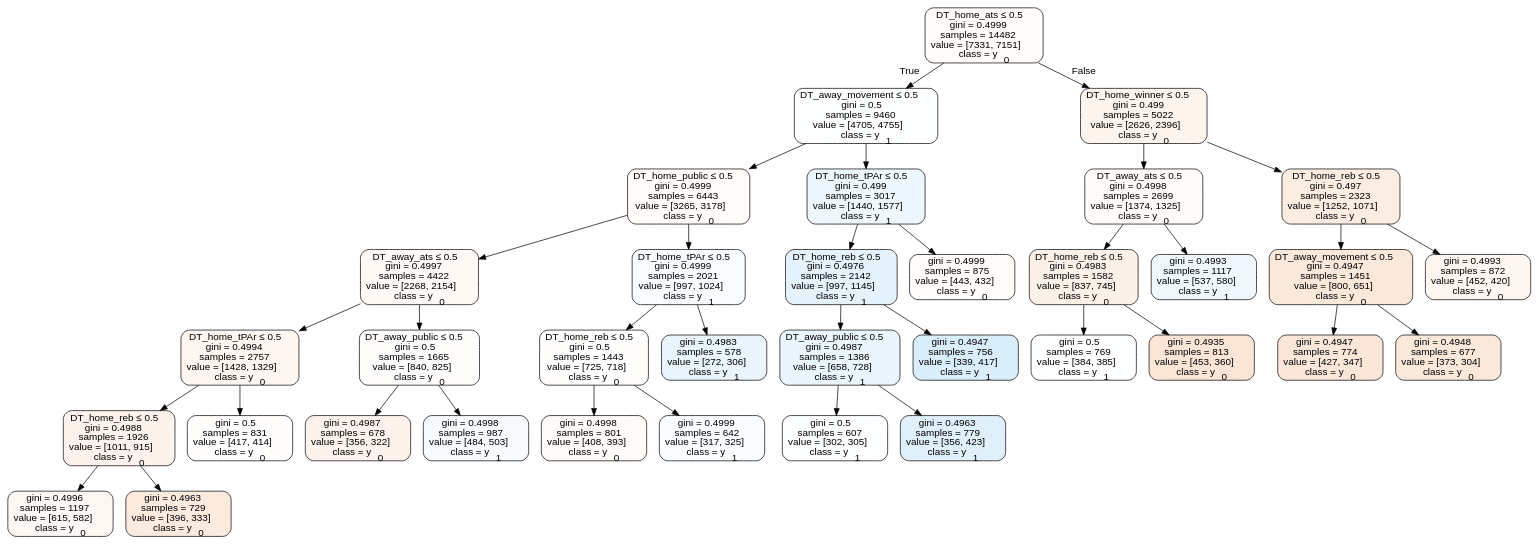
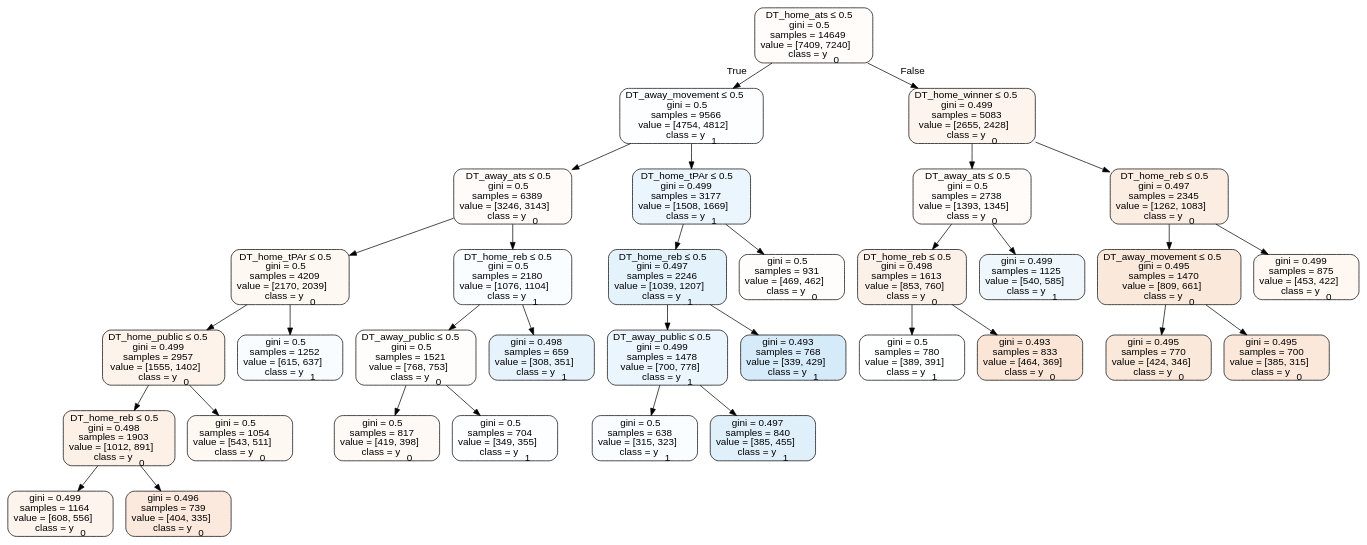
One commit to usbogie/ncaa-bets changed the diagram in Basketball/data/trees/tree2014home.dot. Above: the diagram before and after it, drawn with Graphviz. The commit also changed 26 other files, not shown here.

```diff
--- a/Basketball/data/trees/tree2014home.dot
+++ b/Basketball/data/trees/tree2014home.dot
@@ -1,73 +1,69 @@
 digraph Tree {
 node [shape=box, style="filled, rounded", color="black", fontname=helvetica] ;
 edge [fontname=helvetica] ;
-0 [label=<DT_home_ats &le; 0.5<br/>gini = 0.4999<br/>samples = 14482<br/>value = [7331, 7151]<br/>class = y<SUB>0</SUB>>, fillcolor="#e5813906"] ;
-1 [label=<DT_away_movement &le; 0.5<br/>gini = 0.5<br/>samples = 9460<br/>value = [4705, 4755]<br/>class = y<SUB>1</SUB>>, fillcolor="#399de503"] ;
+0 [label=<DT_home_ats &le; 0.5<br/>gini = 0.5<br/>samples = 14649<br/>value = [7409, 7240]<br/>class = y<SUB>0</SUB>>, fillcolor="#e5813906"] ;
+1 [label=<DT_away_movement &le; 0.5<br/>gini = 0.5<br/>samples = 9566<br/>value = [4754, 4812]<br/>class = y<SUB>1</SUB>>, fillcolor="#399de503"] ;
 0 -> 1 [labeldistance=2.5, labelangle=45, headlabel="True"] ;
-2 [label=<DT_home_public &le; 0.5<br/>gini = 0.4999<br/>samples = 6443<br/>value = [3265, 3178]<br/>class = y<SUB>0</SUB>>, fillcolor="#e5813907"] ;
+2 [label=<DT_away_ats &le; 0.5<br/>gini = 0.5<br/>samples = 6389<br/>value = [3246, 3143]<br/>class = y<SUB>0</SUB>>, fillcolor="#e5813908"] ;
 1 -> 2 ;
-3 [label=<DT_away_ats &le; 0.5<br/>gini = 0.4997<br/>samples = 4422<br/>value = [2268, 2154]<br/>class = y<SUB>0</SUB>>, fillcolor="#e581390d"] ;
+3 [label=<DT_home_tPAr &le; 0.5<br/>gini = 0.5<br/>samples = 4209<br/>value = [2170, 2039]<br/>class = y<SUB>0</SUB>>, fillcolor="#e581390f"] ;
 2 -> 3 ;
-4 [label=<DT_home_tPAr &le; 0.5<br/>gini = 0.4994<br/>samples = 2757<br/>value = [1428, 1329]<br/>class = y<SUB>0</SUB>>, fillcolor="#e5813912"] ;
+4 [label=<DT_home_public &le; 0.5<br/>gini = 0.499<br/>samples = 2957<br/>value = [1555, 1402]<br/>class = y<SUB>0</SUB>>, fillcolor="#e5813919"] ;
 3 -> 4 ;
-5 [label=<DT_home_reb &le; 0.5<br/>gini = 0.4988<br/>samples = 1926<br/>value = [1011, 915]<br/>class = y<SUB>0</SUB>>, fillcolor="#e5813918"] ;
+5 [label=<DT_home_reb &le; 0.5<br/>gini = 0.498<br/>samples = 1903<br/>value = [1012, 891]<br/>class = y<SUB>0</SUB>>, fillcolor="#e581391e"] ;
 4 -> 5 ;
-6 [label=<gini = 0.4996<br/>samples = 1197<br/>value = [615, 582]<br/>class = y<SUB>0</SUB>>, fillcolor="#e581390e"] ;
+6 [label=<gini = 0.499<br/>samples = 1164<br/>value = [608, 556]<br/>class = y<SUB>0</SUB>>, fillcolor="#e5813916"] ;
 5 -> 6 ;
-7 [label=<gini = 0.4963<br/>samples = 729<br/>value = [396, 333]<br/>class = y<SUB>0</SUB>>, fillcolor="#e5813929"] ;
+7 [label=<gini = 0.496<br/>samples = 739<br/>value = [404, 335]<br/>class = y<SUB>0</SUB>>, fillcolor="#e581392c"] ;
 5 -> 7 ;
-8 [label=<gini = 0.5<br/>samples = 831<br/>value = [417, 414]<br/>class = y<SUB>0</SUB>>, fillcolor="#e5813902"] ;
+8 [label=<gini = 0.5<br/>samples = 1054<br/>value = [543, 511]<br/>class = y<SUB>0</SUB>>, fillcolor="#e581390f"] ;
 4 -> 8 ;
-9 [label=<DT_away_public &le; 0.5<br/>gini = 0.5<br/>samples = 1665<br/>value = [840, 825]<br/>class = y<SUB>0</SUB>>, fillcolor="#e5813905"] ;
+9 [label=<gini = 0.5<br/>samples = 1252<br/>value = [615, 637]<br/>class = y<SUB>1</SUB>>, fillcolor="#399de509"] ;
 3 -> 9 ;
-10 [label=<gini = 0.4987<br/>samples = 678<br/>value = [356, 322]<br/>class = y<SUB>0</SUB>>, fillcolor="#e5813918"] ;
-9 -> 10 ;
-11 [label=<gini = 0.4998<br/>samples = 987<br/>value = [484, 503]<br/>class = y<SUB>1</SUB>>, fillcolor="#399de50a"] ;
-9 -> 11 ;
-12 [label=<DT_home_tPAr &le; 0.5<br/>gini = 0.4999<br/>samples = 2021<br/>value = [997, 1024]<br/>class = y<SUB>1</SUB>>, fillcolor="#399de507"] ;
-2 -> 12 ;
-13 [label=<DT_home_reb &le; 0.5<br/>gini = 0.5<br/>samples = 1443<br/>value = [725, 718]<br/>class = y<SUB>0</SUB>>, fillcolor="#e5813902"] ;
-12 -> 13 ;
-14 [label=<gini = 0.4998<br/>samples = 801<br/>value = [408, 393]<br/>class = y<SUB>0</SUB>>, fillcolor="#e5813909"] ;
-13 -> 14 ;
-15 [label=<gini = 0.4999<br/>samples = 642<br/>value = [317, 325]<br/>class = y<SUB>1</SUB>>, fillcolor="#399de506"] ;
-13 -> 15 ;
-16 [label=<gini = 0.4983<br/>samples = 578<br/>value = [272, 306]<br/>class = y<SUB>1</SUB>>, fillcolor="#399de51c"] ;
-12 -> 16 ;
-17 [label=<DT_home_tPAr &le; 0.5<br/>gini = 0.499<br/>samples = 3017<br/>value = [1440, 1577]<br/>class = y<SUB>1</SUB>>, fillcolor="#399de516"] ;
-1 -> 17 ;
-18 [label=<DT_home_reb &le; 0.5<br/>gini = 0.4976<br/>samples = 2142<br/>value = [997, 1145]<br/>class = y<SUB>1</SUB>>, fillcolor="#399de521"] ;
+10 [label=<DT_home_reb &le; 0.5<br/>gini = 0.5<br/>samples = 2180<br/>value = [1076, 1104]<br/>class = y<SUB>1</SUB>>, fillcolor="#399de506"] ;
+2 -> 10 ;
+11 [label=<DT_away_public &le; 0.5<br/>gini = 0.5<br/>samples = 1521<br/>value = [768, 753]<br/>class = y<SUB>0</SUB>>, fillcolor="#e5813905"] ;
+10 -> 11 ;
+12 [label=<gini = 0.5<br/>samples = 817<br/>value = [419, 398]<br/>class = y<SUB>0</SUB>>, fillcolor="#e581390d"] ;
+11 -> 12 ;
+13 [label=<gini = 0.5<br/>samples = 704<br/>value = [349, 355]<br/>class = y<SUB>1</SUB>>, fillcolor="#399de504"] ;
+11 -> 13 ;
+14 [label=<gini = 0.498<br/>samples = 659<br/>value = [308, 351]<br/>class = y<SUB>1</SUB>>, fillcolor="#399de51f"] ;
+10 -> 14 ;
+15 [label=<DT_home_tPAr &le; 0.5<br/>gini = 0.499<br/>samples = 3177<br/>value = [1508, 1669]<br/>class = y<SUB>1</SUB>>, fillcolor="#399de519"] ;
+1 -> 15 ;
+16 [label=<DT_home_reb &le; 0.5<br/>gini = 0.497<br/>samples = 2246<br/>value = [1039, 1207]<br/>class = y<SUB>1</SUB>>, fillcolor="#399de523"] ;
+15 -> 16 ;
+17 [label=<DT_away_public &le; 0.5<br/>gini = 0.499<br/>samples = 1478<br/>value = [700, 778]<br/>class = y<SUB>1</SUB>>, fillcolor="#399de51a"] ;
+16 -> 17 ;
+18 [label=<gini = 0.5<br/>samples = 638<br/>value = [315, 323]<br/>class = y<SUB>1</SUB>>, fillcolor="#399de506"] ;
 17 -> 18 ;
-19 [label=<DT_away_public &le; 0.5<br/>gini = 0.4987<br/>samples = 1386<br/>value = [658, 728]<br/>class = y<SUB>1</SUB>>, fillcolor="#399de519"] ;
-18 -> 19 ;
-20 [label=<gini = 0.5<br/>samples = 607<br/>value = [302, 305]<br/>class = y<SUB>1</SUB>>, fillcolor="#399de503"] ;
-19 -> 20 ;
-21 [label=<gini = 0.4963<br/>samples = 779<br/>value = [356, 423]<br/>class = y<SUB>1</SUB>>, fillcolor="#399de528"] ;
-19 -> 21 ;
-22 [label=<gini = 0.4947<br/>samples = 756<br/>value = [339, 417]<br/>class = y<SUB>1</SUB>>, fillcolor="#399de530"] ;
-18 -> 22 ;
-23 [label=<gini = 0.4999<br/>samples = 875<br/>value = [443, 432]<br/>class = y<SUB>0</SUB>>, fillcolor="#e5813906"] ;
-17 -> 23 ;
-24 [label=<DT_home_winner &le; 0.5<br/>gini = 0.499<br/>samples = 5022<br/>value = [2626, 2396]<br/>class = y<SUB>0</SUB>>, fillcolor="#e5813916"] ;
-0 -> 24 [labeldistance=2.5, labelangle=-45, headlabel="False"] ;
-25 [label=<DT_away_ats &le; 0.5<br/>gini = 0.4998<br/>samples = 2699<br/>value = [1374, 1325]<br/>class = y<SUB>0</SUB>>, fillcolor="#e5813909"] ;
+19 [label=<gini = 0.497<br/>samples = 840<br/>value = [385, 455]<br/>class = y<SUB>1</SUB>>, fillcolor="#399de527"] ;
+17 -> 19 ;
+20 [label=<gini = 0.493<br/>samples = 768<br/>value = [339, 429]<br/>class = y<SUB>1</SUB>>, fillcolor="#399de535"] ;
+16 -> 20 ;
+21 [label=<gini = 0.5<br/>samples = 931<br/>value = [469, 462]<br/>class = y<SUB>0</SUB>>, fillcolor="#e5813904"] ;
+15 -> 21 ;
+22 [label=<DT_home_winner &le; 0.5<br/>gini = 0.499<br/>samples = 5083<br/>value = [2655, 2428]<br/>class = y<SUB>0</SUB>>, fillcolor="#e5813916"] ;
+0 -> 22 [labeldistance=2.5, labelangle=-45, headlabel="False"] ;
+23 [label=<DT_away_ats &le; 0.5<br/>gini = 0.5<br/>samples = 2738<br/>value = [1393, 1345]<br/>class = y<SUB>0</SUB>>, fillcolor="#e5813909"] ;
+22 -> 23 ;
+24 [label=<DT_home_reb &le; 0.5<br/>gini = 0.498<br/>samples = 1613<br/>value = [853, 760]<br/>class = y<SUB>0</SUB>>, fillcolor="#e581391c"] ;
+23 -> 24 ;
+25 [label=<gini = 0.5<br/>samples = 780<br/>value = [389, 391]<br/>class = y<SUB>1</SUB>>, fillcolor="#399de501"] ;
 24 -> 25 ;
-26 [label=<DT_home_reb &le; 0.5<br/>gini = 0.4983<br/>samples = 1582<br/>value = [837, 745]<br/>class = y<SUB>0</SUB>>, fillcolor="#e581391c"] ;
-25 -> 26 ;
-27 [label=<gini = 0.5<br/>samples = 769<br/>value = [384, 385]<br/>class = y<SUB>1</SUB>>, fillcolor="#399de501"] ;
-26 -> 27 ;
-28 [label=<gini = 0.4935<br/>samples = 813<br/>value = [453, 360]<br/>class = y<SUB>0</SUB>>, fillcolor="#e5813934"] ;
-26 -> 28 ;
-29 [label=<gini = 0.4993<br/>samples = 1117<br/>value = [537, 580]<br/>class = y<SUB>1</SUB>>, fillcolor="#399de513"] ;
-25 -> 29 ;
-30 [label=<DT_home_reb &le; 0.5<br/>gini = 0.497<br/>samples = 2323<br/>value = [1252, 1071]<br/>class = y<SUB>0</SUB>>, fillcolor="#e5813925"] ;
-24 -> 30 ;
-31 [label=<DT_away_movement &le; 0.5<br/>gini = 0.4947<br/>samples = 1451<br/>value = [800, 651]<br/>class = y<SUB>0</SUB>>, fillcolor="#e581392f"] ;
-30 -> 31 ;
-32 [label=<gini = 0.4947<br/>samples = 774<br/>value = [427, 347]<br/>class = y<SUB>0</SUB>>, fillcolor="#e5813930"] ;
-31 -> 32 ;
-33 [label=<gini = 0.4948<br/>samples = 677<br/>value = [373, 304]<br/>class = y<SUB>0</SUB>>, fillcolor="#e581392f"] ;
-31 -> 33 ;
-34 [label=<gini = 0.4993<br/>samples = 872<br/>value = [452, 420]<br/>class = y<SUB>0</SUB>>, fillcolor="#e5813912"] ;
-30 -> 34 ;
+26 [label=<gini = 0.493<br/>samples = 833<br/>value = [464, 369]<br/>class = y<SUB>0</SUB>>, fillcolor="#e5813934"] ;
+24 -> 26 ;
+27 [label=<gini = 0.499<br/>samples = 1125<br/>value = [540, 585]<br/>class = y<SUB>1</SUB>>, fillcolor="#399de514"] ;
+23 -> 27 ;
+28 [label=<DT_home_reb &le; 0.5<br/>gini = 0.497<br/>samples = 2345<br/>value = [1262, 1083]<br/>class = y<SUB>0</SUB>>, fillcolor="#e5813924"] ;
+22 -> 28 ;
+29 [label=<DT_away_movement &le; 0.5<br/>gini = 0.495<br/>samples = 1470<br/>value = [809, 661]<br/>class = y<SUB>0</SUB>>, fillcolor="#e581392f"] ;
+28 -> 29 ;
+30 [label=<gini = 0.495<br/>samples = 770<br/>value = [424, 346]<br/>class = y<SUB>0</SUB>>, fillcolor="#e581392f"] ;
+29 -> 30 ;
+31 [label=<gini = 0.495<br/>samples = 700<br/>value = [385, 315]<br/>class = y<SUB>0</SUB>>, fillcolor="#e581392e"] ;
+29 -> 31 ;
+32 [label=<gini = 0.499<br/>samples = 875<br/>value = [453, 422]<br/>class = y<SUB>0</SUB>>, fillcolor="#e5813911"] ;
+28 -> 32 ;
 }
```
